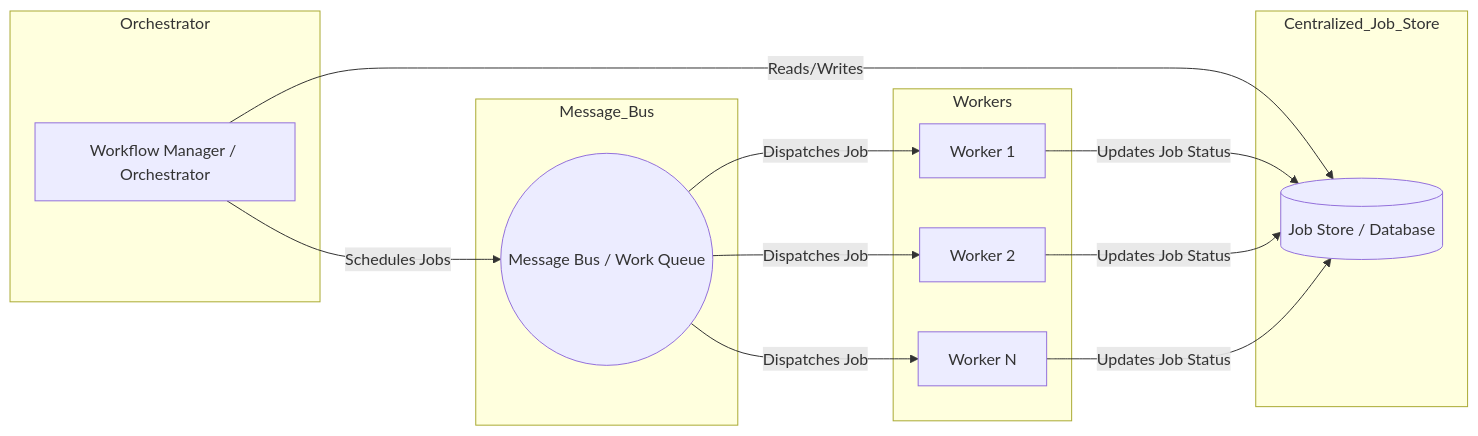
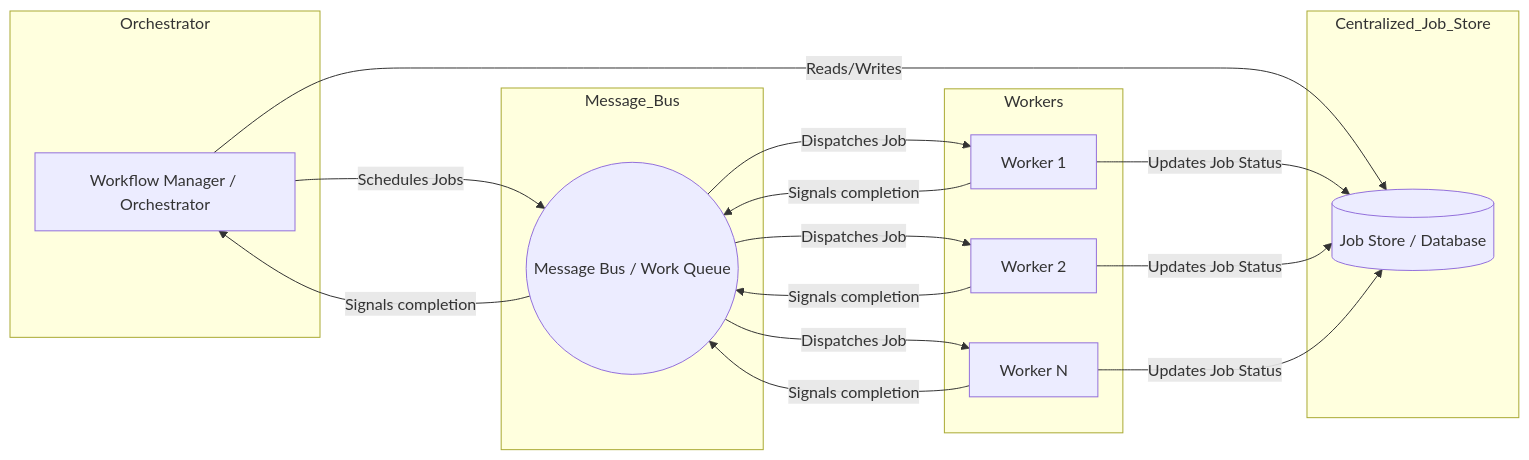
Before and after one commit to smartcommunitylab/wfmanager-poc: the diagram in README.md, drawn with Mermaid.

````diff
--- a/README.md
+++ b/README.md
@@ -29,29 +29,35 @@
 ```mermaid
 flowchart LR
     subgraph Centralized_Job_Store
         DB[(Job Store / Database)]
     end
 
     subgraph Orchestrator
         MANAGER[Workflow Manager / Orchestrator]
     end
 
     subgraph Workers
         WORKER1[Worker 1]
         WORKER2[Worker 2]
         WORKER3[Worker N]
     end
 
     subgraph Message_Bus
         BUS((Message Bus / Work Queue))
     end
 
     MANAGER -- Schedules Jobs --> BUS
     BUS -- Dispatches Job --> WORKER1
     BUS -- Dispatches Job --> WORKER2
     BUS -- Dispatches Job --> WORKER3
     MANAGER -- Reads/Writes --> DB
     WORKER1 -- Updates Job Status --> DB
     WORKER2 -- Updates Job Status --> DB
     WORKER3 -- Updates Job Status --> DB
+
+    WORKER1 -- Signals completion --> BUS
+    WORKER2 -- Signals completion --> BUS
+    WORKER3 -- Signals completion --> BUS
+    BUS -- Signals completion --> MANAGER
+
 ```
````
